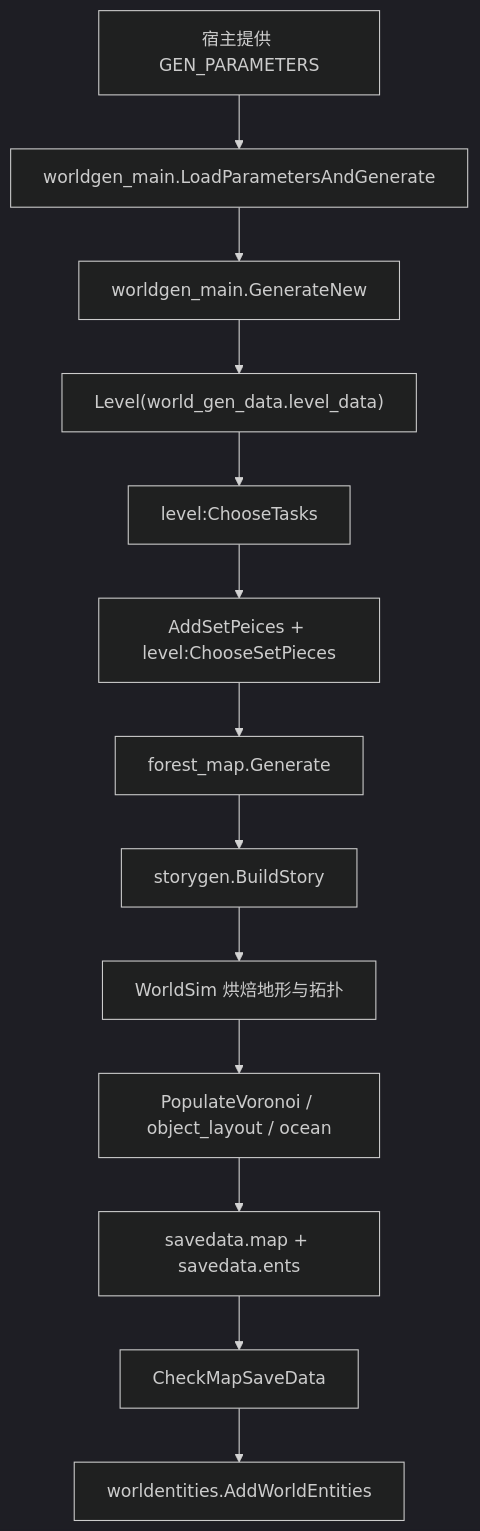
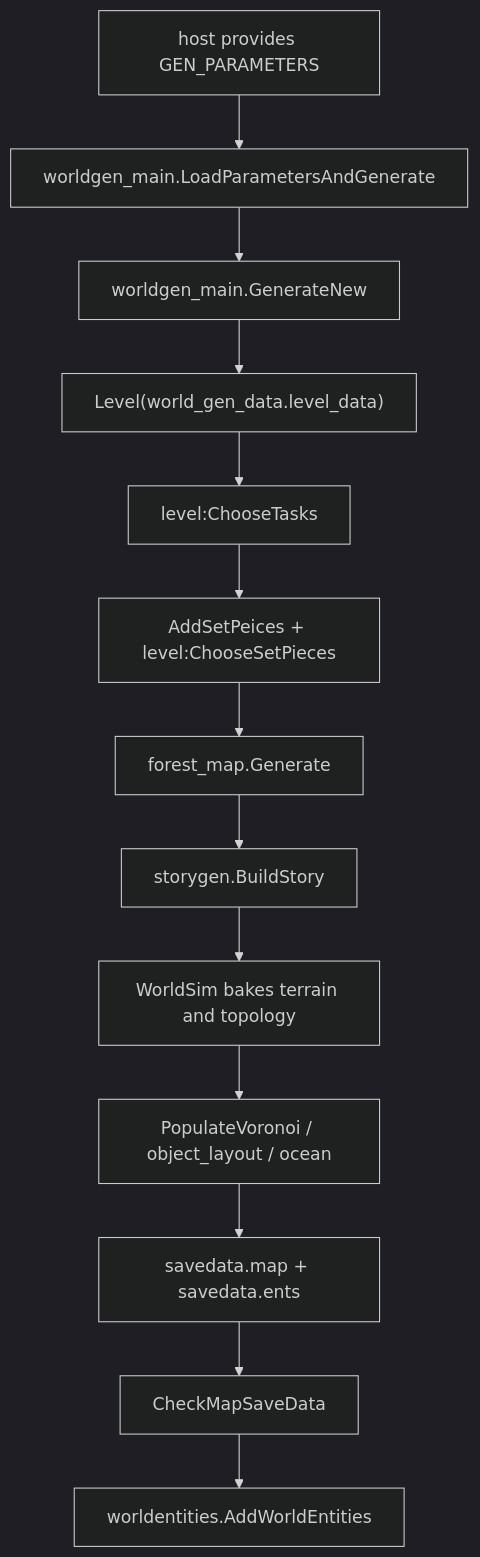
The diagram in dst-scripts/index/0x5000-world-simulation/0x5100-worldgen/0x5101-worldgen-main.md (LetsStarveTogether/dst-server), drawn with Mermaid (dark theme) before and after one commit. The commit also changed other lines of this file and 83 other files, not shown here.

```diff
--- a/dst-scripts/index/0x5000-world-simulation/0x5100-worldgen/0x5101-worldgen-main.md
+++ b/dst-scripts/index/0x5000-world-simulation/0x5100-worldgen/0x5101-worldgen-main.md
@@ -55,16 +62,16 @@
 ~~~mermaid
 flowchart TD
-    A["宿主提供 GEN_PARAMETERS"]
+    A["host provides GEN_PARAMETERS"]
     A --> B["worldgen_main.LoadParametersAndGenerate"]
     B --> C["worldgen_main.GenerateNew"]
     C --> D["Level(world_gen_data.level_data)"]
     D --> E["level:ChooseTasks"]
     E --> F["AddSetPeices + level:ChooseSetPieces"]
     F --> G["forest_map.Generate"]
     G --> H["storygen.BuildStory"]
-    H --> I["WorldSim 烘焙地形与拓扑"]
+    H --> I["WorldSim bakes terrain and topology"]
     I --> J["PopulateVoronoi / object_layout / ocean"]
     J --> K["savedata.map + savedata.ents"]
     K --> L["CheckMapSaveData"]
     L --> M["worldentities.AddWorldEntities"]
 ~~~
```
